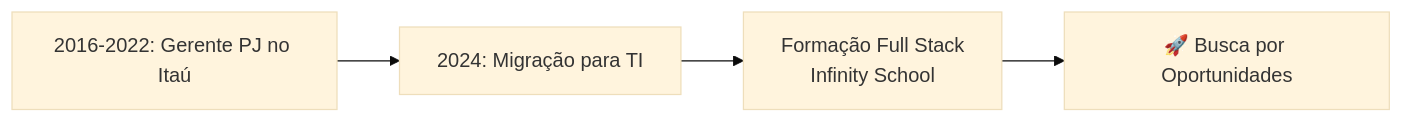
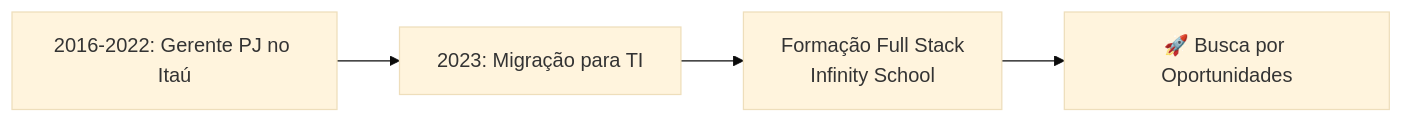
The diagram in README.md (LuizGSN/LuizGSN), drawn with Mermaid (base theme) before and after one commit. The commit also changed other lines of this file, not shown here.

````diff
--- a/README.md
+++ b/README.md
@@ -45,6 +45,6 @@
 ```mermaid
 graph LR
-    A[2016-2022: Gerente PJ no Itaú] --> B[2024: Migração para TI]
+    A[2016-2022: Gerente PJ no Itaú] --> B[2023: Migração para TI]
     B --> C[Formação Full Stack<br>Infinity School]
     C --> D[🚀 Busca por Oportunidades]
 ```
````
